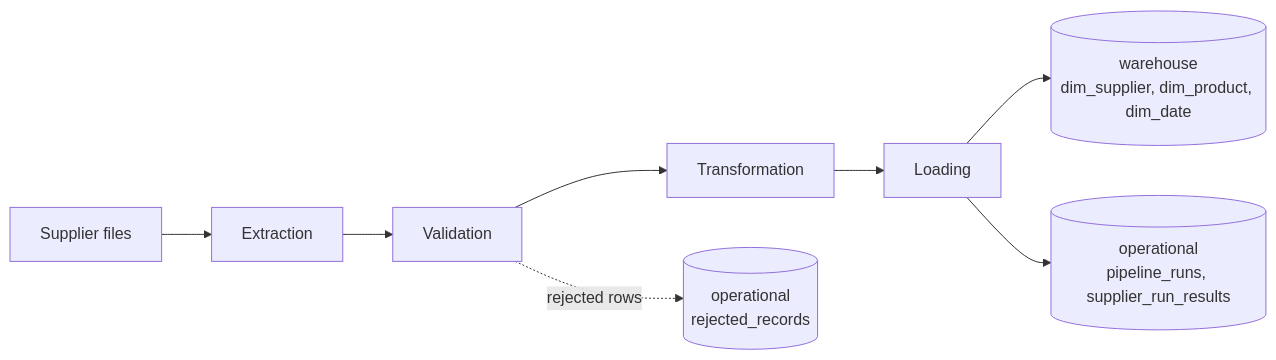
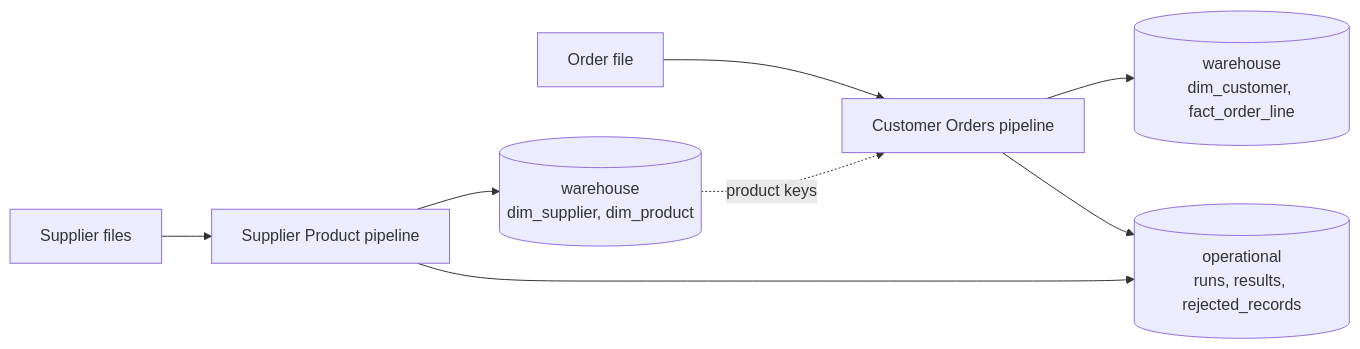
One commit to yaya-soumah/agpp-data-platform changed the first of 2 diagrams in README.md. Above: the diagram before and after it, drawn with Mermaid. The commit also changed other lines of this file and 1 other file, not shown here.

Commit message:
test: add customer orders end-to-end tests and documentation (#36)

````diff
--- a/README.md
+++ b/README.md
@@ -32,10 +32,10 @@
 ```mermaid
 flowchart LR
-    F[Supplier files] --> E[Extraction]
-    E --> V[Validation]
-    V --> T[Transformation]
-    T --> L[Loading]
-    L --> W[("warehouse<br/>dim_supplier, dim_product, dim_date")]
-    V -. rejected rows .-> R[("operational<br/>rejected_records")]
-    L --> B[("operational<br/>pipeline_runs, supplier_run_results")]
+    SF[Supplier files] --> SP[Supplier Product pipeline]
+    OF[Order file] --> CO[Customer Orders pipeline]
+    SP --> DS[("warehouse<br/>dim_supplier, dim_product")]
+    CO --> DC[("warehouse<br/>dim_customer, fact_order_line")]
+    DS -. product keys .-> CO
+    SP --> OP[("operational<br/>runs, results, rejected_records")]
+    CO --> OP
 ```
````
